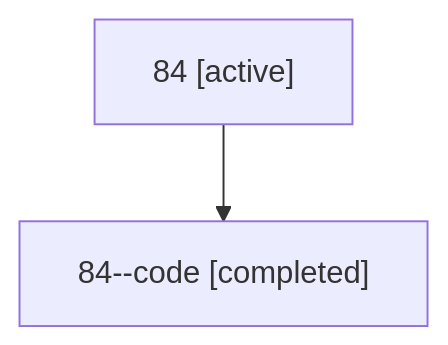
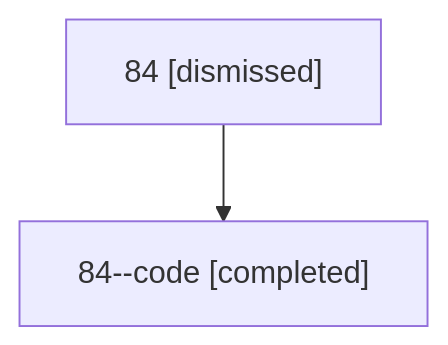
Before and after one commit to sase-org/sase--agents: the diagram in sessions/bbugyi200.athena.84.md, drawn with Mermaid. The commit also changed other lines of this file and 31 other files, not shown here.

````diff
--- a/sessions/bbugyi200.athena.84.md
+++ b/sessions/bbugyi200.athena.84.md
@@ -9,6 +9,6 @@
 ```mermaid
 flowchart TD
-  n0["84 [active]"]
+  n0["84 [dismissed]"]
   n1["84--code [completed]"]
   n0 --> n1
 ```
````
